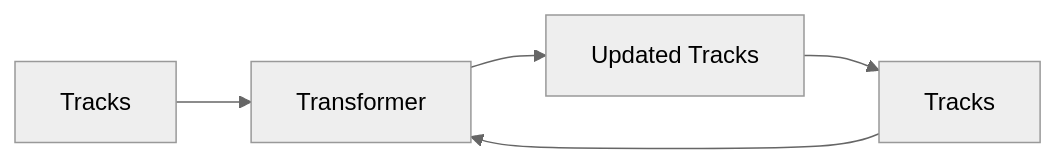
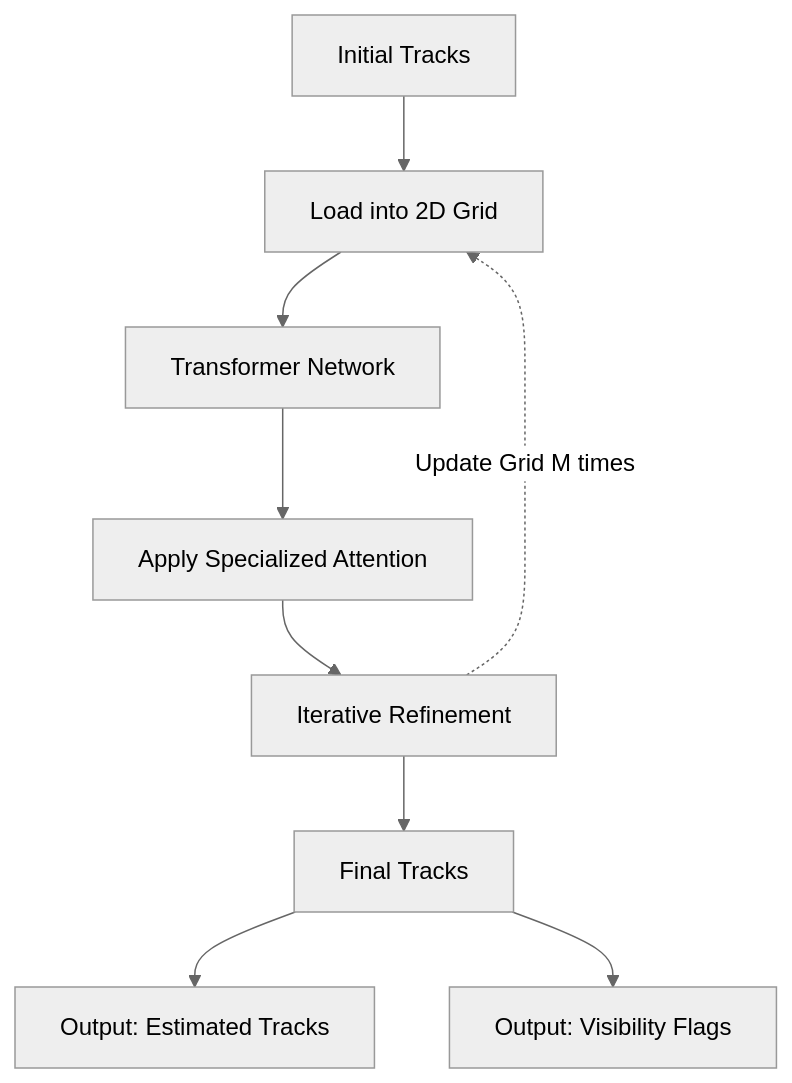
Before and after one commit to IERoboticsClub/PoW: the second of 2 diagrams in cotracker/README.md, drawn with Mermaid (neutral theme). The commit also changed other lines of this file, not shown here.

````diff
--- a/cotracker/README.md
+++ b/cotracker/README.md
@@ -29,7 +29,11 @@
 ```mermaid
-graph LR
-A[Tracks] --> B[Transformer]
-B --> C[Updated Tracks]
-C --> D[Tracks]
-D --> B
+graph TD
+    A[Initial Tracks] --> B[Load into 2D Grid]
+    B --> C[Transformer Network]
+    C --> D[Apply Specialized Attention]
+    D --> E[Iterative Refinement]
+    E -. "Update Grid M times" .-> B
+    E --> F[Final Tracks]
+    F --> G[Output: Estimated Tracks]
+    F --> H[Output: Visibility Flags]
 ```
````
